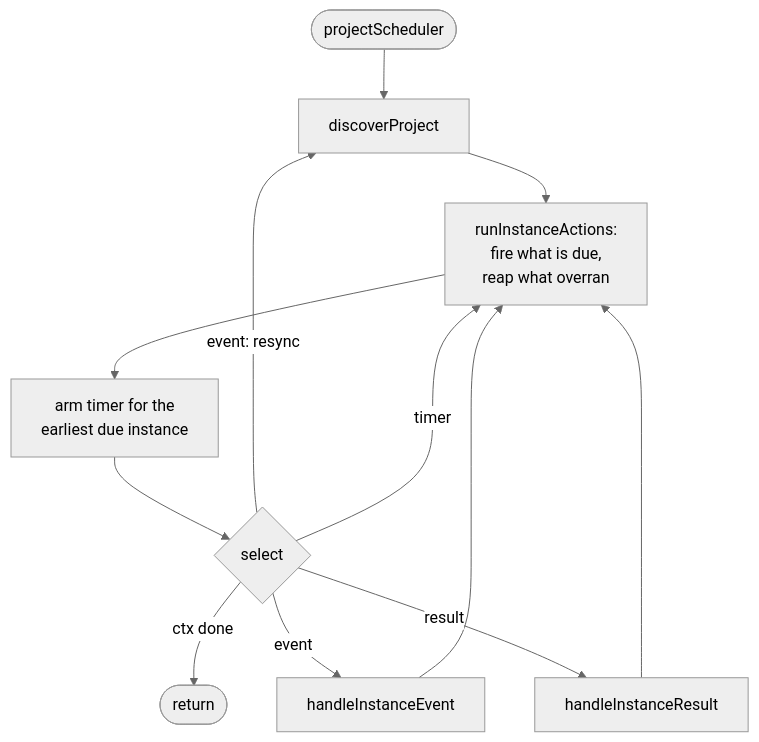
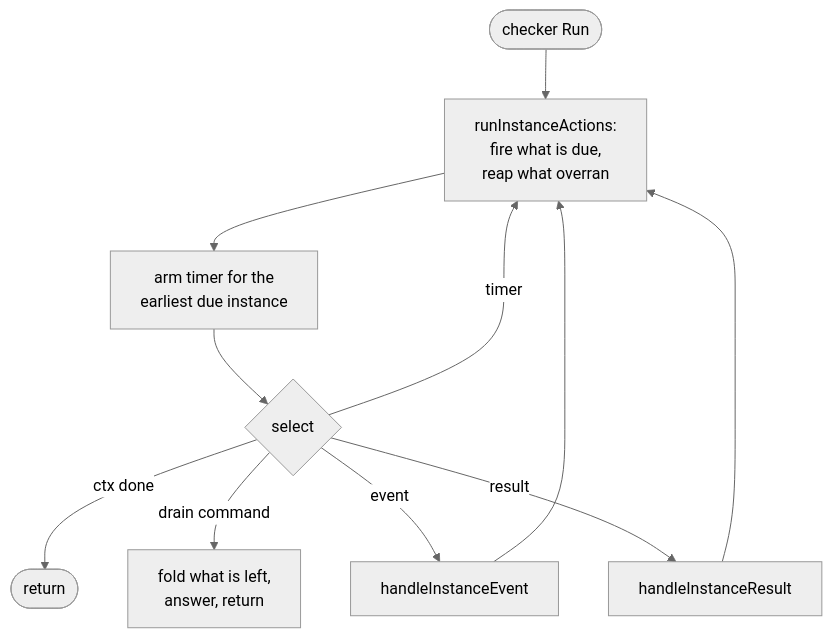
The fifth of 7 diagrams in root/developer/healthd.md (jochumdev/incus-compose-docs), drawn with Mermaid (neutral theme) before and after one commit. The commit also changed other lines of this file and 2 other files, not shown here.

````diff
--- a/root/developer/healthd.md
+++ b/root/developer/healthd.md
@@ -209,13 +164,12 @@
 ```mermaid
 flowchart TD
-    S([projectScheduler]) --> D[discoverProject]
-    D --> RUN[runInstanceActions:<br/>fire what is due,<br/>reap what overran]
+    S([checker Run]) --> RUN[runInstanceActions:<br/>fire what is due,<br/>reap what overran]
     RUN --> T[arm timer for the<br/>earliest due instance]
     T --> SEL{select}
 
     SEL -->|ctx done| END([return])
-    SEL -->|"event: resync"| D
+    SEL -->|drain command| DR[fold what is left,<br/>answer, return]
     SEL -->|event| HE[handleInstanceEvent] --> RUN
     SEL -->|result| HR[handleInstanceResult] --> RUN
     SEL -->|timer| RUN
 ```
````
